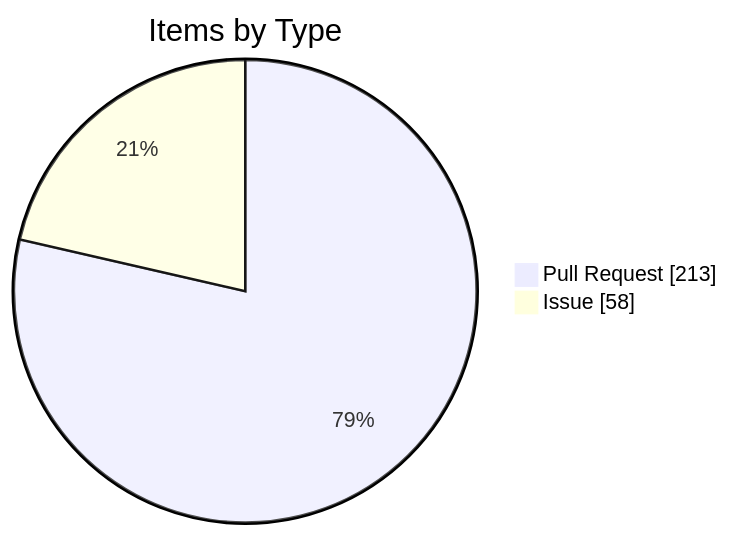
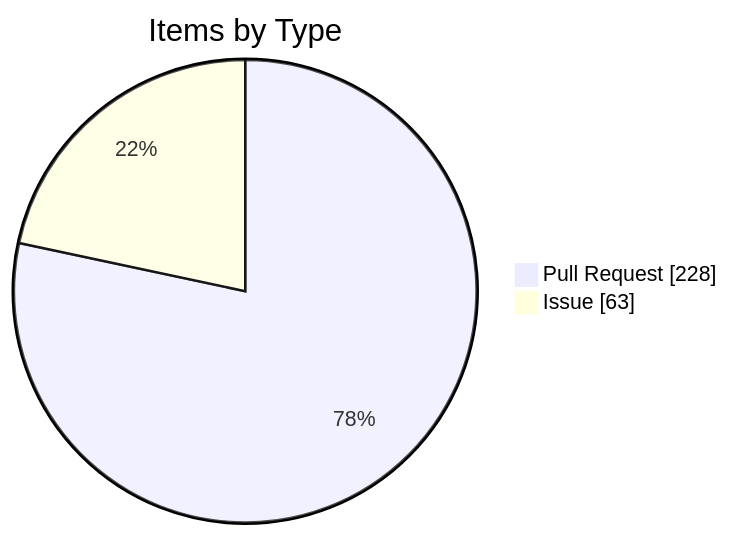
Before and after one commit to KBVE/kbve: the fourth of 4 diagrams in apps/kbve/astro-kbve/src/content/docs/dashboard/kanban-data.mdx, drawn with Mermaid. The commit also changed other lines of this file and 8 other files, not shown here.

````diff
--- a/apps/kbve/astro-kbve/src/content/docs/dashboard/kanban-data.mdx
+++ b/apps/kbve/astro-kbve/src/content/docs/dashboard/kanban-data.mdx
@@ -116,6 +115,6 @@
 ```mermaid
 pie showData
     title Items by Type
-    "Pull Request" : 213
-    "Issue" : 58
+    "Pull Request" : 228
+    "Issue" : 63
 ```
````
